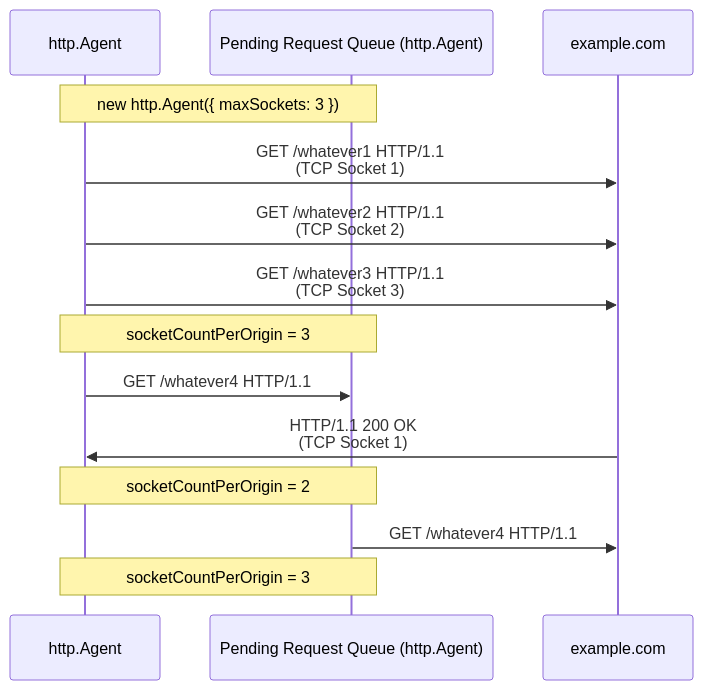
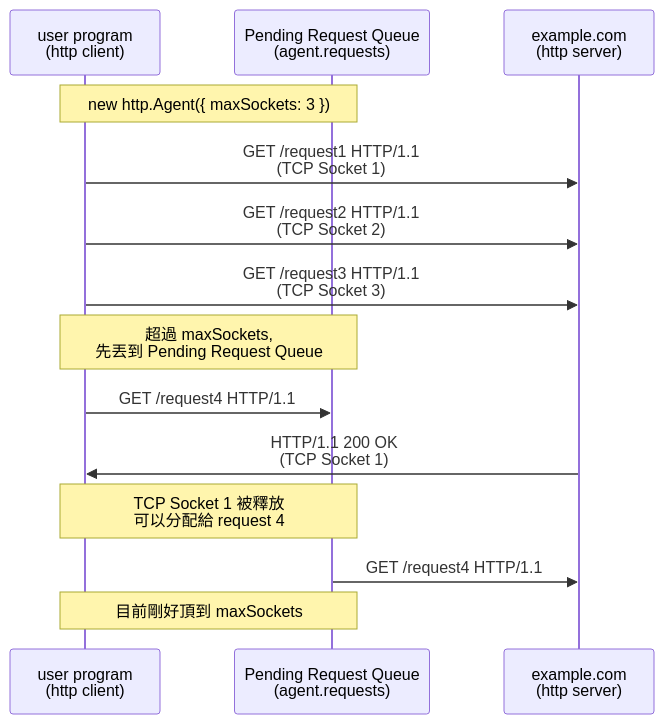
One commit to samuel871211/yusheng-tech-blog changed the first of 13 diagrams in docs/nodejs/http-overview.md. Above: the diagram before and after it, drawn with Mermaid. The commit also changed other lines of this file, not shown here.

Commit message:
http 0303 ing

````diff
--- a/docs/nodejs/http-overview.md
+++ b/docs/nodejs/http-overview.md
@@ -148,23 +150,23 @@
 ```mermaid
 sequenceDiagram
-  participant A as http.Agent
-  participant P as Pending Request Queue (http.Agent)
-  participant S as example.com
+  participant A as user program<br/>(http client)
+  participant P as Pending Request Queue<br/>(agent.requests)
+  participant S as example.com<br/>(http server)
   Note Over A, P: new http.Agent({ maxSockets: 3 })
 
-  A ->> S: GET /whatever1 HTTP/1.1<br/>(TCP Socket 1)
-  A ->> S: GET /whatever2 HTTP/1.1<br/>(TCP Socket 2)
-  A ->> S: GET /whatever3 HTTP/1.1<br/>(TCP Socket 3)
+  A ->> S: GET /request1 HTTP/1.1<br/>(TCP Socket 1)
+  A ->> S: GET /request2 HTTP/1.1<br/>(TCP Socket 2)
+  A ->> S: GET /request3 HTTP/1.1<br/>(TCP Socket 3)
 
-  Note Over A, P: socketCountPerOrigin = 3
+  Note Over A, P: 超過 maxSockets,<br/>先丟到 Pending Request Queue
 
-  A ->> P: GET /whatever4 HTTP/1.1
+  A ->> P: GET /request4 HTTP/1.1
 
   S ->> A: HTTP/1.1 200 OK<br/>(TCP Socket 1)
 
-  Note Over A, P: socketCountPerOrigin = 2
+  Note Over A, P: TCP Socket 1 被釋放<br/>可以分配給 request 4
 
-  P ->> S: GET /whatever4 HTTP/1.1
+  P ->> S: GET /request4 HTTP/1.1
 
-  Note Over A, P: socketCountPerOrigin = 3
+  Note Over A, P: 目前剛好頂到 maxSockets
 ```
````
